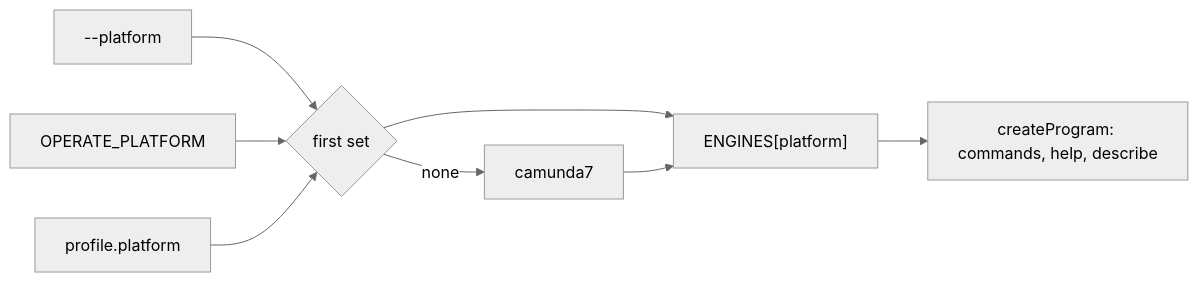
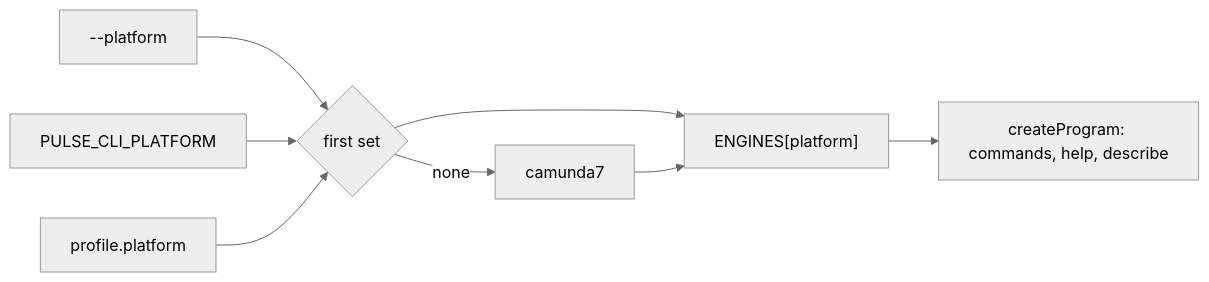
The third of 4 diagrams in docs/cli/architecture.md (Miragon/pulse), drawn with Mermaid (neutral theme) before and after one commit. The commit also changed other lines of this file and 343 other files, not shown here.

First line of the commit message:
feat(cli)!: rename operate to pulse-cli

````diff
--- a/docs/cli/architecture.md
+++ b/docs/cli/architecture.md
@@ -66,10 +66,10 @@
 ```mermaid
 flowchart LR
   argv["--platform"] --> pick{first set}
-  env["OPERATE_PLATFORM"] --> pick
+  env["PULSE_CLI_PLATFORM"] --> pick
   profile["profile.platform"] --> pick
   pick -- none --> default["camunda7"]
   pick --> adapter["ENGINES[platform]"]
   default --> adapter
   adapter --> program["createProgram: commands, help, describe"]
 ```
````
